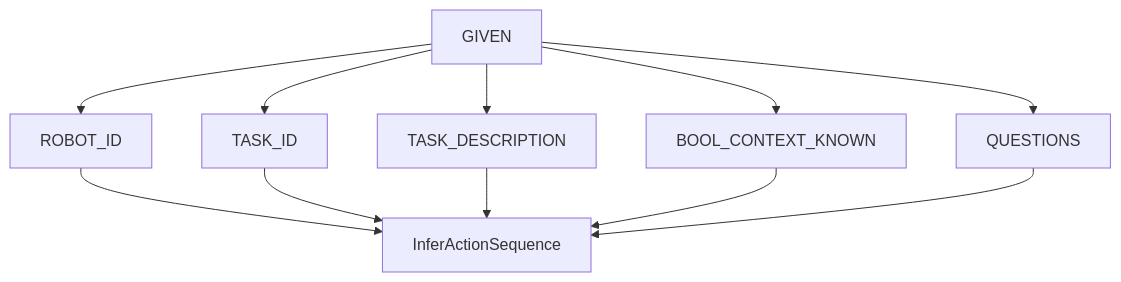
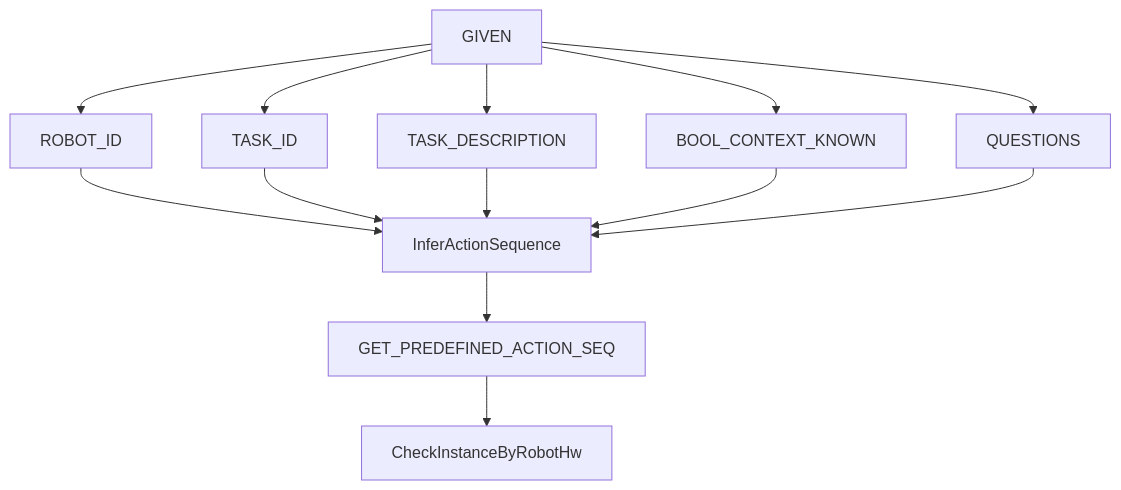
The diagram in docs/1_Middleware/2_Planning/readme.md (5G-ERA/middleware), drawn with Mermaid before and after one commit.

````diff
--- a/docs/1_Middleware/2_Planning/readme.md
+++ b/docs/1_Middleware/2_Planning/readme.md
@@ -33,16 +33,17 @@
 ```mermaid
 graph TD;
   GIVEN-->ROBOT_ID
   GIVEN-->TASK_ID
   GIVEN-->TASK_DESCRIPTION
   GIVEN-->BOOL_CONTEXT_KNOWN
   GIVEN-->QUESTIONS
   ROBOT_ID-->InferActionSequence
   TASK_ID-->InferActionSequence
   TASK_DESCRIPTION-->InferActionSequence
   BOOL_CONTEXT_KNOWN-->InferActionSequence
   QUESTIONS-->InferActionSequence
+  InferActionSequence-->GET_PREDEFINED_ACTION_SEQ
+  GET_PREDEFINED_ACTION_SEQ-->CheckInstanceByRobotHw
   
- 
-  
+
 ```
````
